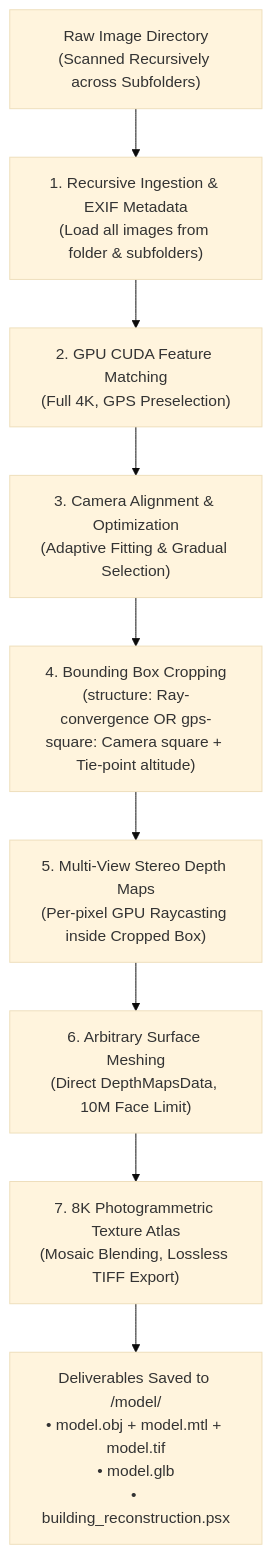
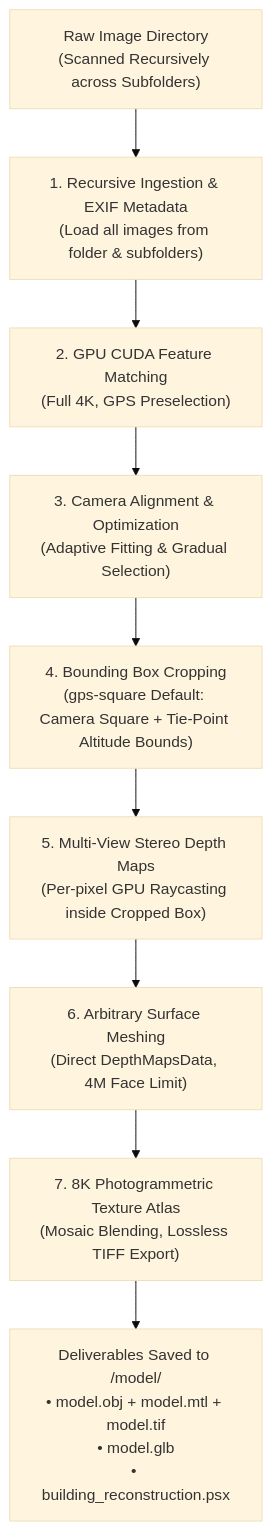
The diagram in skills/user/image-to-3d-model/SKILL.md (ngviettam82/AutoMetashape), drawn with Mermaid (base theme) before and after one commit. The commit also changed other lines of this file and 1 other file, not shown here.

Commit message:
feat: Set camera GPS square crop and 4M face limit as default

````diff
--- a/skills/user/image-to-3d-model/SKILL.md
+++ b/skills/user/image-to-3d-model/SKILL.md
@@ -36,11 +34,11 @@
 ```mermaid
 flowchart TD
     A["Raw Image Directory<br/>(Scanned Recursively across Subfolders)"] --> B["1. Recursive Ingestion & EXIF Metadata<br/>(Load all images from folder & subfolders)"]
     B --> C["2. GPU CUDA Feature Matching<br/>(Full 4K, GPS Preselection)"]
     C --> D["3. Camera Alignment & Optimization<br/>(Adaptive Fitting & Gradual Selection)"]
-    D --> E["4. Bounding Box Cropping<br/>(structure: Ray-convergence OR gps-square: Camera square + Tie-point altitude)"]
+    D --> E["4. Bounding Box Cropping<br/>(gps-square Default: Camera Square + Tie-Point Altitude Bounds)"]
     E --> F["5. Multi-View Stereo Depth Maps<br/>(Per-pixel GPU Raycasting inside Cropped Box)"]
-    F --> G["6. Arbitrary Surface Meshing<br/>(Direct DepthMapsData, 10M Face Limit)"]
+    F --> G["6. Arbitrary Surface Meshing<br/>(Direct DepthMapsData, 4M Face Limit)"]
     G --> H["7. 8K Photogrammetric Texture Atlas<br/>(Mosaic Blending, Lossless TIFF Export)"]
     H --> I["Deliverables Saved to <images_dir>/model/<br/>• model.obj + model.mtl + model.tif<br/>• model.glb<br/>• building_reconstruction.psx"]
 ```
````
